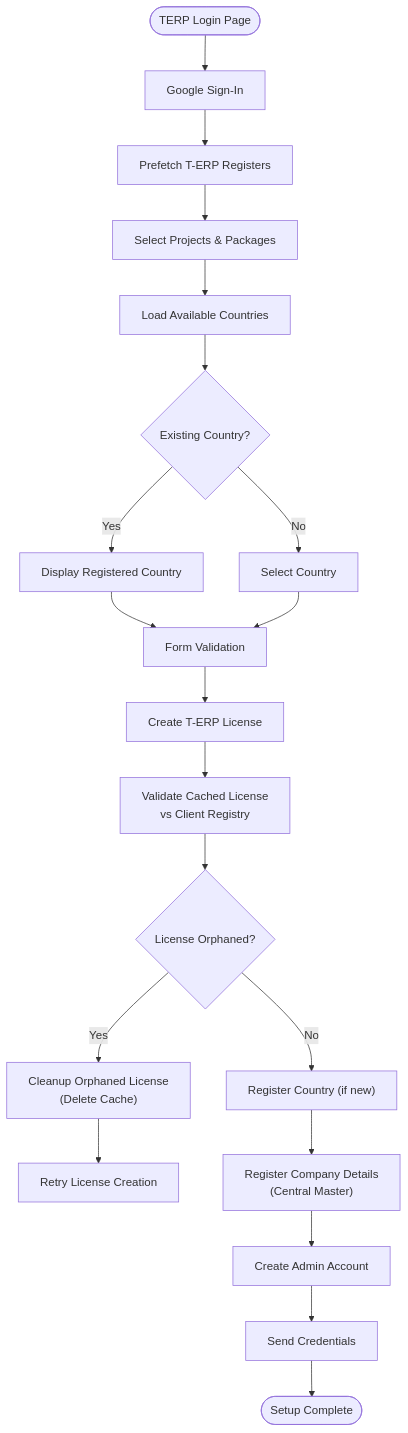
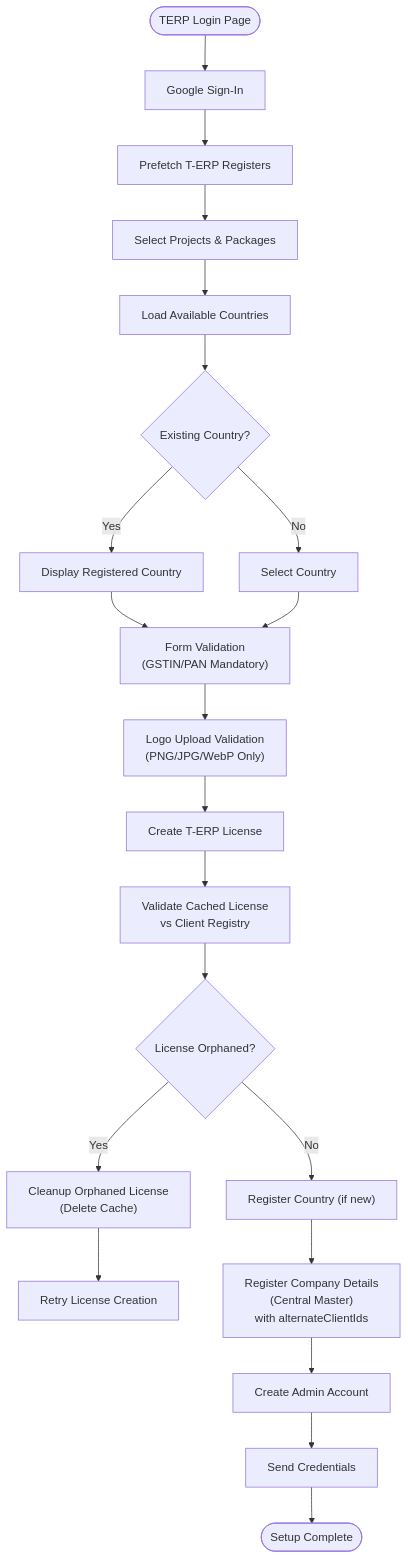
Before and after one commit to imcbsglobal/TRELLISCO_ERP_FRONTEND: the third of 6 diagrams in .qoder/repowiki/en/content/Application Architecture/Authentication & Authorization.md, drawn with Mermaid. The commit also changed other lines of this file and 24 other files, not shown here.

````diff
--- a/.qoder/repowiki/en/content/Application Architecture/Authentication & Authorization.md
+++ b/.qoder/repowiki/en/content/Application Architecture/Authentication & Authorization.md
@@ -255,22 +256,23 @@
 ```mermaid
 flowchart TD
 Start(["TERP Login Page"]) --> GoogleAuth["Google Sign-In"]
 GoogleAuth --> Prefetch["Prefetch T-ERP Registers"]
 Prefetch --> ProjectSelection["Select Projects & Packages"]
 ProjectSelection --> CountryCheck["Load Available Countries"]
 CountryCheck --> ExistingCountry{"Existing Country?"}
 ExistingCountry --> |Yes| LockedCountry["Display Registered Country"]
 ExistingCountry --> |No| CountrySelection["Select Country"]
-LockedCountry --> Validation["Form Validation"]
+LockedCountry --> Validation["Form Validation<br/>(GSTIN/PAN Mandatory)"]
 CountrySelection --> Validation
-Validation --> LicenseCreation["Create T-ERP License"]
+Validation --> LogoValidation["Logo Upload Validation<br/>(PNG/JPG/WebP Only)"]
+LogoValidation --> LicenseCreation["Create T-ERP License"]
 LicenseCreation --> CacheValidation["Validate Cached License<br/>vs Client Registry"]
 CacheValidation --> OrphanedCheck{"License Orphaned?"}
 OrphanedCheck --> |Yes| Cleanup["Cleanup Orphaned License<br/>(Delete Cache)"]
 OrphanedCheck --> |No| CountryRegistration["Register Country (if new)"]
 Cleanup --> Retry["Retry License Creation"]
-CountryRegistration --> CompanyRegistration["Register Company Details<br/>(Central Master)"]
+CountryRegistration --> CompanyRegistration["Register Company Details<br/>(Central Master)<br/>with alternateClientIds"]
 CompanyRegistration --> AdminAccount["Create Admin Account"]
 AdminAccount --> CredentialDelivery["Send Credentials"]
 CredentialDelivery --> Success(["Setup Complete"])
 ```
````
